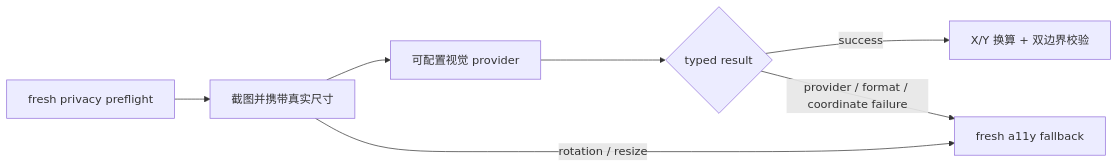
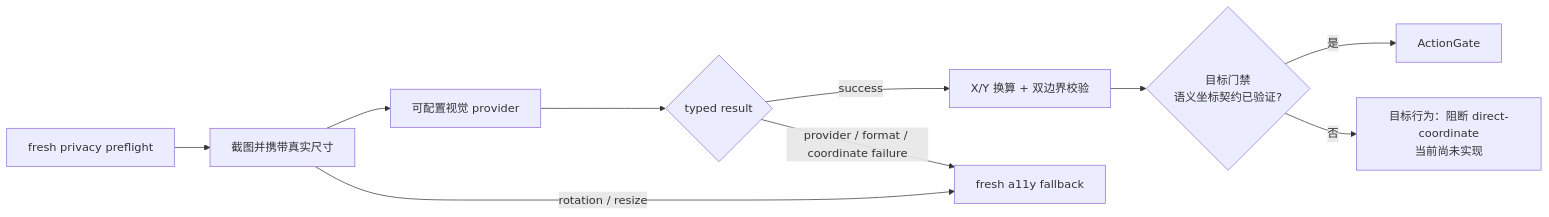
The first of 3 diagrams in docs/16-当前架构代码审计-2026-08-21.md (taomic2035/SuperAgent-Android), drawn with Mermaid before and after one commit. The commit also changed other lines of this file and 27 other files, not shown here.

````diff
--- a/docs/16-当前架构代码审计-2026-08-21.md
+++ b/docs/16-当前架构代码审计-2026-08-21.md
@@ -125,9 +127,12 @@
 ```mermaid
 flowchart LR
   P[fresh privacy preflight] --> S[截图并携带真实尺寸]
   S --> V[可配置视觉 provider]
   V --> T{typed result}
   T -->|success| C[X/Y 换算 + 双边界校验]
+  C --> M{目标门禁<br/>语义坐标契约已验证?}
+  M -->|是| G[ActionGate]
+  M -->|否| B[目标行为：阻断 direct-coordinate<br/>当前尚未实现]
   T -->|provider / format / coordinate failure| A[fresh a11y fallback]
   S -->|rotation / resize| A
 ```
````
